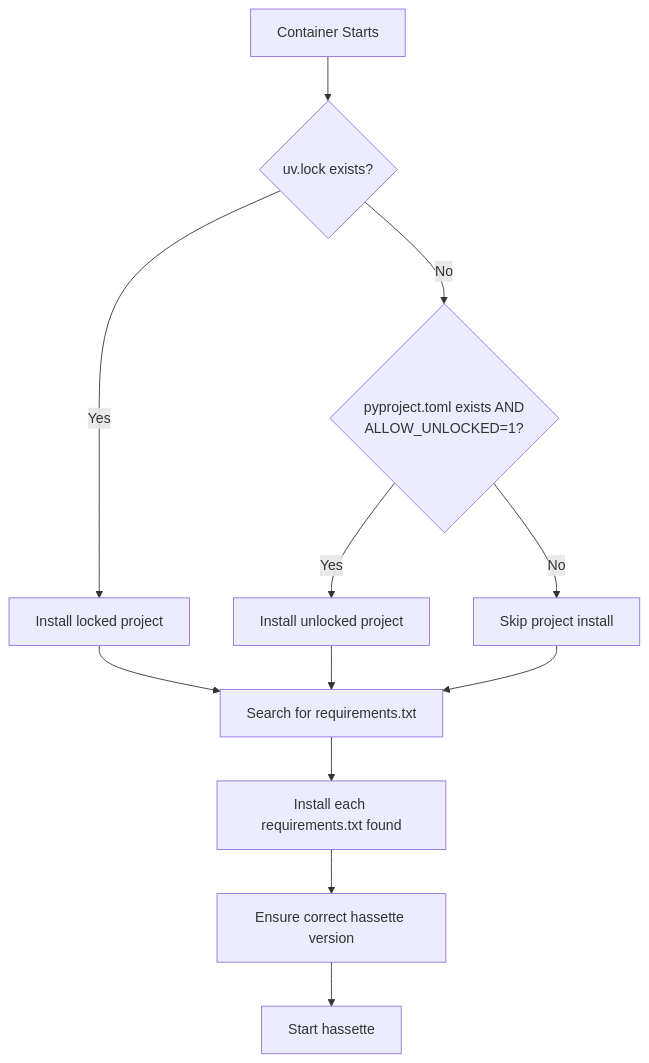
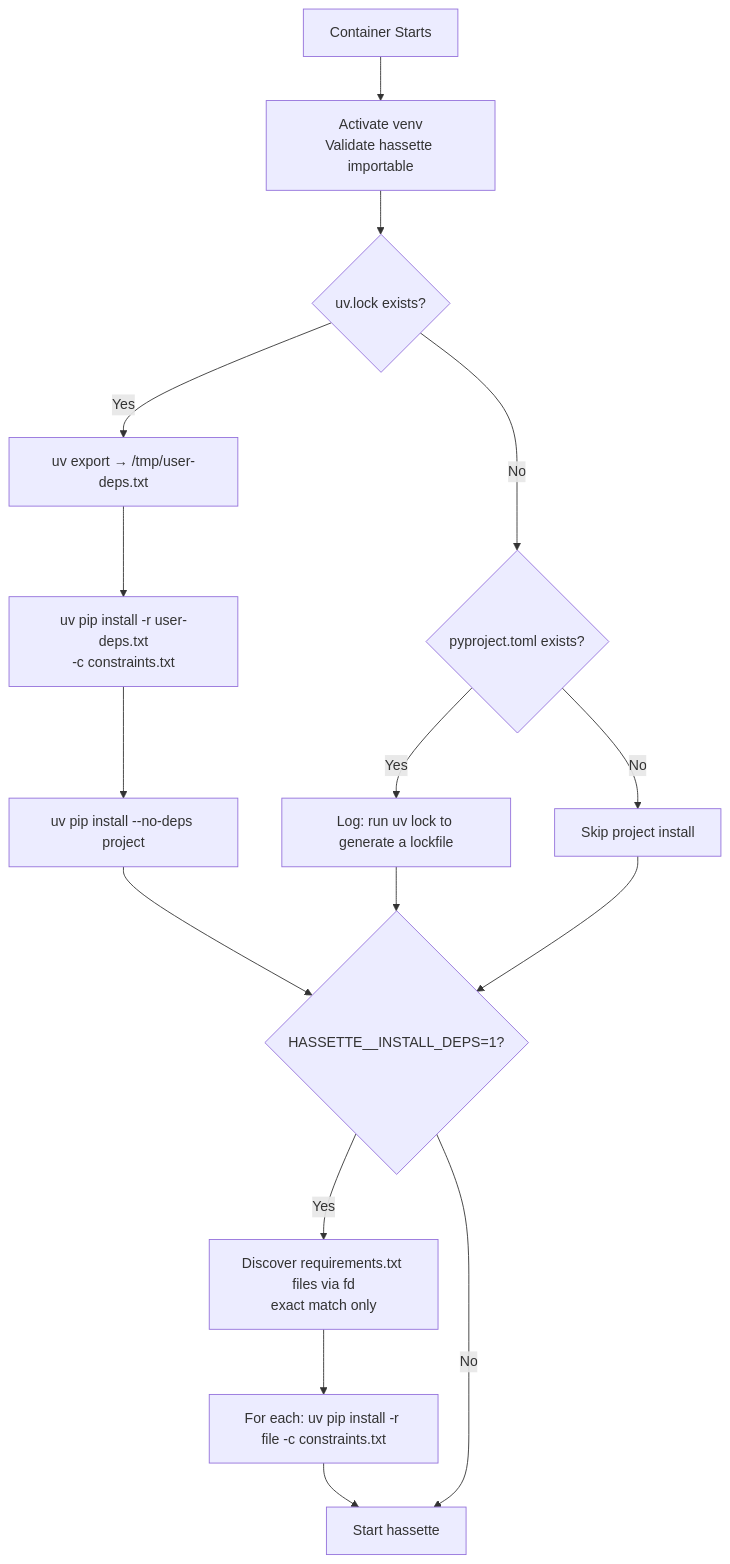
Before and after one commit to NodeJSmith/hassette: the diagram in docs/pages/getting-started/docker/dependencies.md, drawn with Mermaid. The commit also changed other lines of this file and 4 other files, not shown here.

````diff
--- a/docs/pages/getting-started/docker/dependencies.md
+++ b/docs/pages/getting-started/docker/dependencies.md
@@ -16,14 +20,18 @@
 ```mermaid
 graph TD
-    A[Container Starts] --> B{uv.lock exists?}
-    B -->|Yes| C[Install locked project]
-    B -->|No| D{pyproject.toml exists AND<br>ALLOW_UNLOCKED=1?}
-    D -->|Yes| E[Install unlocked project]
-    D -->|No| F[Skip project install]
-    C --> G[Search for requirements.txt]
-    E --> G
-    F --> G
-    G --> H[Install each requirements.txt found]
-    H --> I[Ensure correct hassette version]
-    I --> J[Start hassette]
+    A[Container Starts] --> B[Activate venv\nValidate hassette importable]
+    B --> C{uv.lock exists?}
+    C -->|Yes| D[uv export → /tmp/user-deps.txt]
+    D --> E[uv pip install -r user-deps.txt\n-c constraints.txt]
+    E --> F[uv pip install --no-deps project]
+    C -->|No| G{pyproject.toml exists?}
+    G -->|Yes| H[Log: run uv lock to generate a lockfile]
+    G -->|No| I[Skip project install]
+    F --> J{HASSETTE__INSTALL_DEPS=1?}
+    H --> J
+    I --> J
+    J -->|Yes| K[Discover requirements.txt files via fd\nexact match only]
+    K --> L[For each: uv pip install -r file -c constraints.txt]
+    L --> M[Start hassette]
+    J -->|No| M
 ```
````
